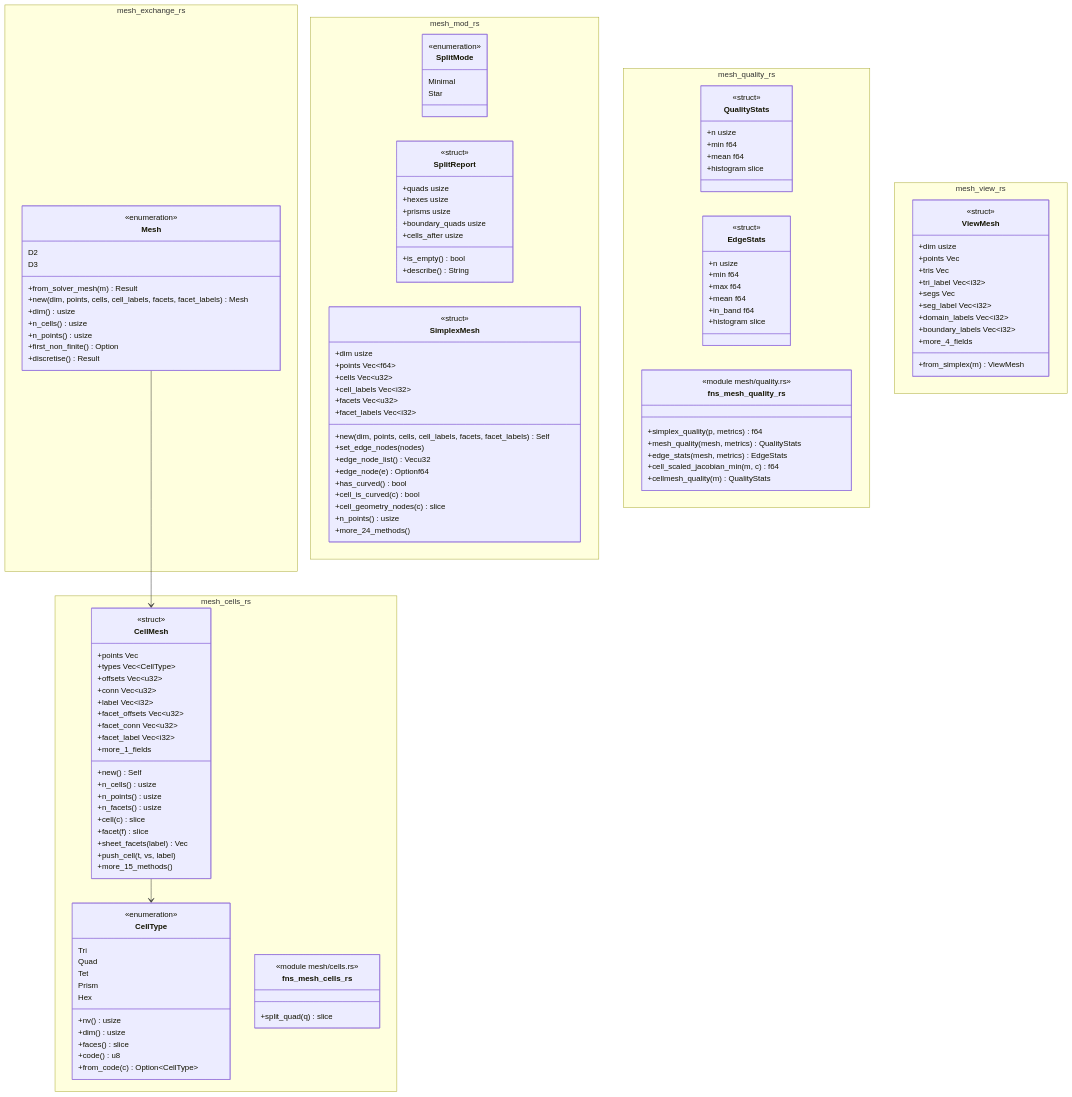
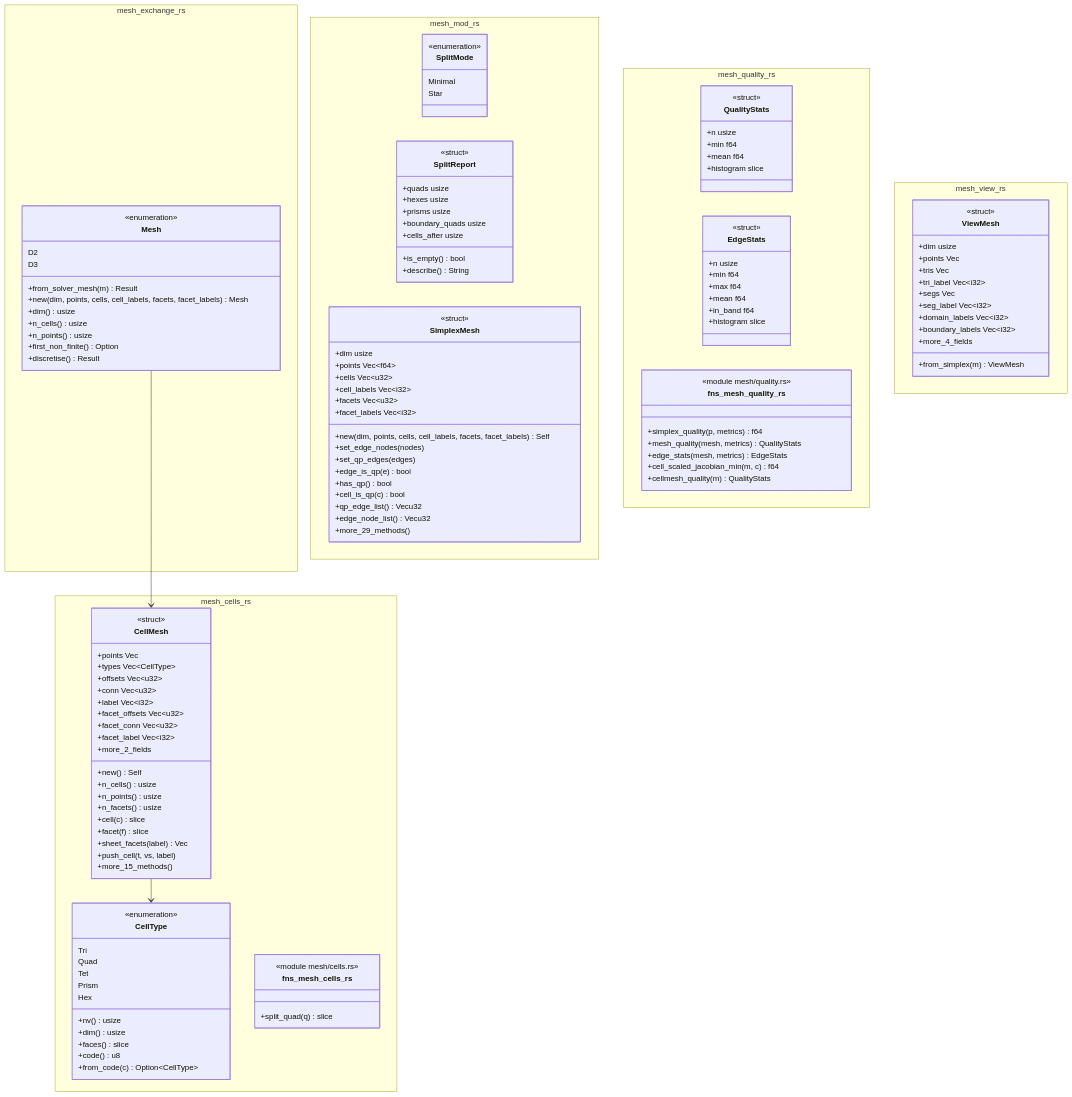
One commit to p-j-r/nyx changed the diagram in docs/architecture/c4/4-code/femcore/mesh.md. Above: the diagram before and after it, drawn with Mermaid. The commit also changed other lines of this file and 150 other files, not shown here.

```diff
--- a/docs/architecture/c4/4-code/femcore/mesh.md
+++ b/docs/architecture/c4/4-code/femcore/mesh.md
@@ -80,7 +81,7 @@
         +facet_offsets Vec~u32~
         +facet_conn Vec~u32~
         +facet_label Vec~i32~
-        +more_1_fields
+        +more_2_fields
         +new() Self
         +n_cells() usize
         +n_points() usize
@@ -136,13 +137,13 @@
         +facet_labels Vec~i32~
         +new(dim, points, cells, cell_labels, facets, facet_labels) Self
         +set_edge_nodes(nodes)
+        +set_qp_edges(edges)
+        +edge_is_qp(e) bool
+        +has_qp() bool
+        +cell_is_qp(c) bool
+        +qp_edge_list() Vecu32
         +edge_node_list() Vecu32
-        +edge_node(e) Optionf64
-        +has_curved() bool
-        +cell_is_curved(c) bool
-        +cell_geometry_nodes(c) slice
-        +n_points() usize
-        +more_24_methods()
+        +more_29_methods()
     }
   }
   namespace mesh_quality_rs {
```
